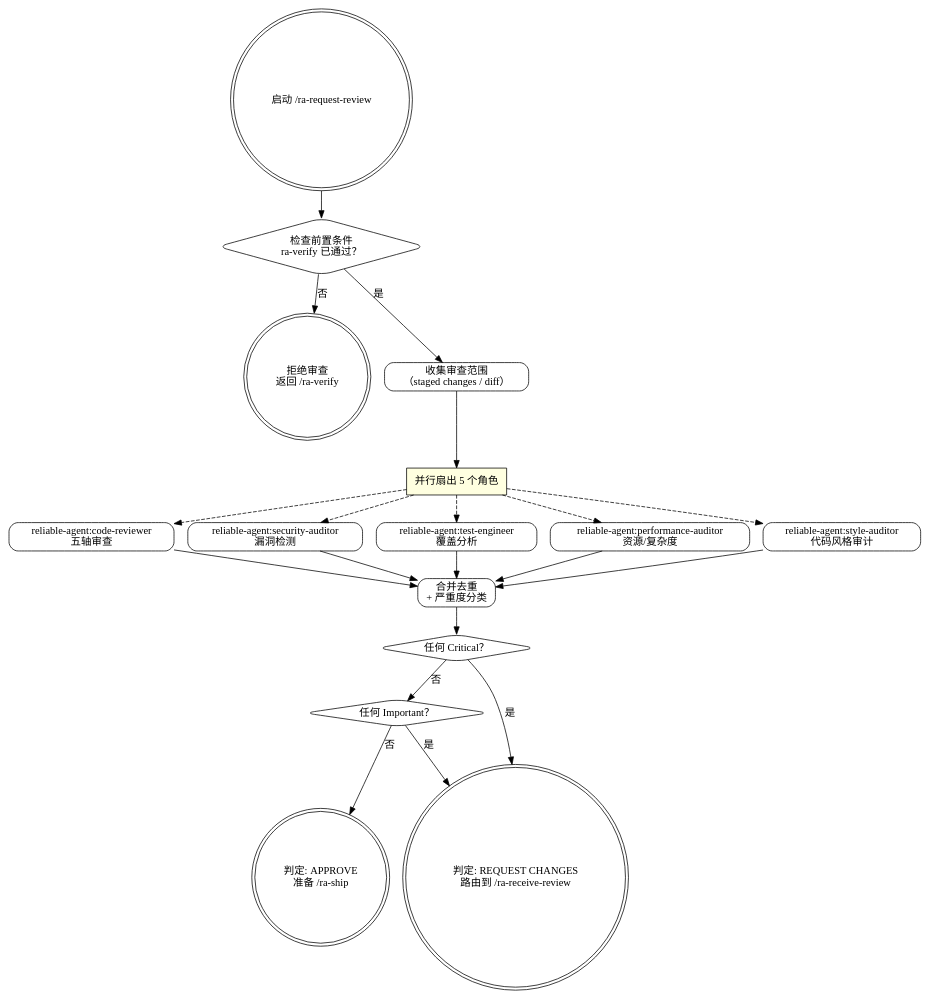
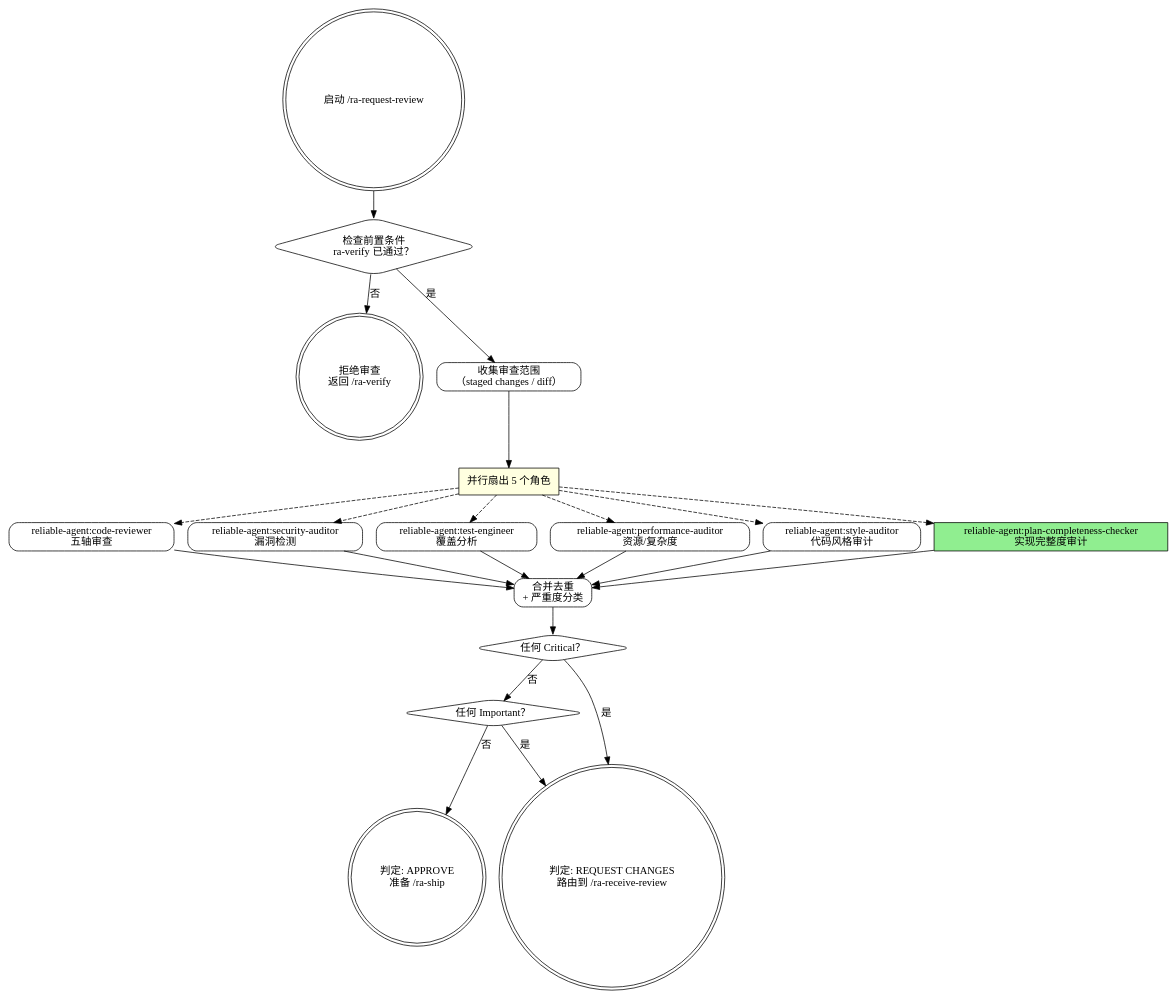
Before and after one commit to sueichen/reliable-agent: the diagram in skills/ra-request-review/SKILL.md, drawn with Graphviz. The commit also changed other lines of this file, not shown here.

Commit message:
feat(ra-request-review): add plan-completeness-checker as 6th parallel agent
并行扇出从 5 个角色扩展到 6 个角色，新增 plan-completeness-checker
实现完整度审计——四维检查对照 plan 验收标准逐条核对。

DOT 图、Step 3 文字描述和 Verification checklist 同步更新。

````diff
--- a/skills/ra-request-review/SKILL.md
+++ b/skills/ra-request-review/SKILL.md
@@ -28,42 +28,45 @@
 ```dot
 digraph reliable_request_review {
     rankdir=TB;
     node [shape=box, style=rounded];
 
     start [label="启动 /ra-request-review", shape=doublecircle];
     preflight [label="检查前置条件\nra-verify 已通过？", shape=diamond];
     reject [label="拒绝审查\n返回 /ra-verify", shape=doublecircle];
     scope [label="收集审查范围\n（staged changes / diff）"];
     parallel [label="并行扇出 5 个角色", shape=box style=filled fillcolor=lightyellow];
     reviewer [label="reliable-agent:code-reviewer\n五轴审查", shape=box];
     security [label="reliable-agent:security-auditor\n漏洞检测", shape=box];
     test_eng [label="reliable-agent:test-engineer\n覆盖分析", shape=box];
     perf [label="reliable-agent:performance-auditor\n资源/复杂度", shape=box];
     style [label="reliable-agent:style-auditor\n代码风格审计", shape=box];
+    pcc [label="reliable-agent:plan-completeness-checker\n实现完整度审计", shape=box style=filled fillcolor=lightgreen];
     merge [label="合并去重\n+ 严重度分类"];
     any_critical [label="任何 Critical？", shape=diamond];
     any_important [label="任何 Important？", shape=diamond];
     verdict_changes [label="判定: REQUEST CHANGES\n路由到 /ra-receive-review", shape=doublecircle];
     verdict_approve [label="判定: APPROVE\n准备 /ra-ship", shape=doublecircle];
 
     start -> preflight;
     preflight -> reject [label="否"];
     preflight -> scope [label="是"];
     scope -> parallel;
     parallel -> reviewer [style=dashed];
     parallel -> security [style=dashed];
     parallel -> test_eng [style=dashed];
     parallel -> perf [style=dashed];
     parallel -> style [style=dashed];
+    parallel -> pcc [style=dashed];
     reviewer -> merge;
     security -> merge;
     test_eng -> merge;
     perf -> merge;
     style -> merge;
+    pcc -> merge;
     merge -> any_critical;
     any_critical -> verdict_changes [label="是"];
     any_critical -> any_important [label="否"];
     any_important -> verdict_changes [label="是"];
     any_important -> verdict_approve [label="否"];
 }
 ```
````
